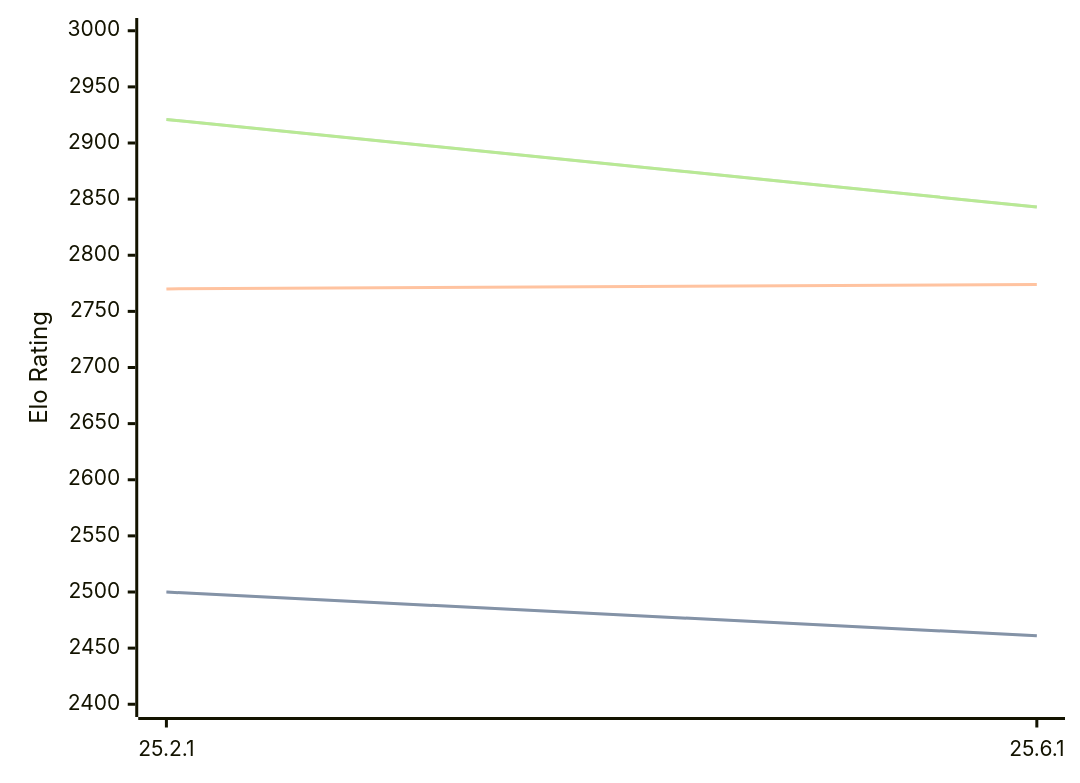
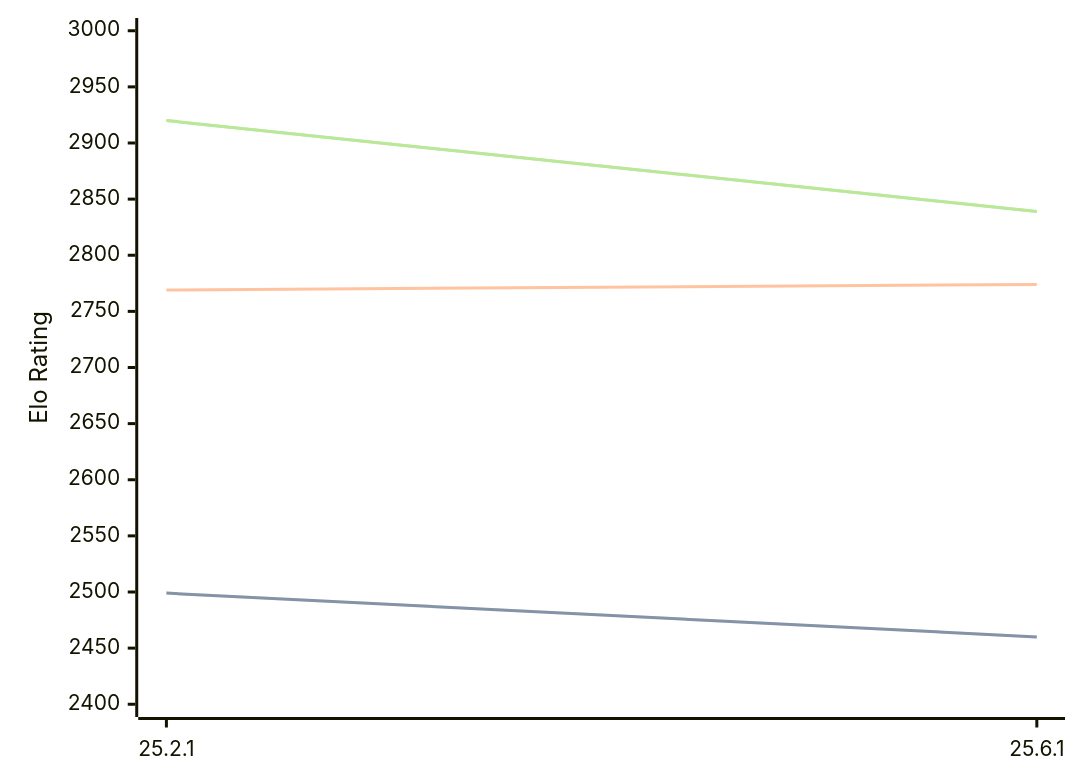
The diagram in engines/Crafty.md (computer-chess-index/cci), drawn with Mermaid before and after one commit. The commit also changed other lines of this file, not shown here.

Commit message:
Update CCI Ratings (ELO VLTC) - 2026-08-04

````diff
--- a/engines/Crafty.md
+++ b/engines/Crafty.md
@@ -32,11 +32,11 @@
 ```mermaid
 %%{init: {"theme":"base","themeVariables":{"seriesColors:['#a3a3a3','#222221','#faa371']}}}%%
 xychart-beta
   x-axis ["25.2.1", "25.6.1"]
   y-axis "Elo Rating" 2400 --> 3000
-  line "STC (8.0+0.08s)" [2500, 2461]
-  line "STC (8.0+0.08s)" [2500, 2461]
-  line "LTC (60.0+0.60s)" [2770, 2774]
-  line "VLTC (2m24s+1.12s)" [2921, 2843]
-  line "VLTC (2m24s+1.12s)" [2921, 2843]
+  line "STC (8.0+0.08s)" [2499, 2460]
+  line "STC (8.0+0.08s)" [2499, 2460]
+  line "LTC (60.0+0.60s)" [2769, 2774]
+  line "VLTC (2m24s+1.12s)" [2920, 2839]
+  line "VLTC (2m24s+1.12s)" [2920, 2839]
 ```
````
